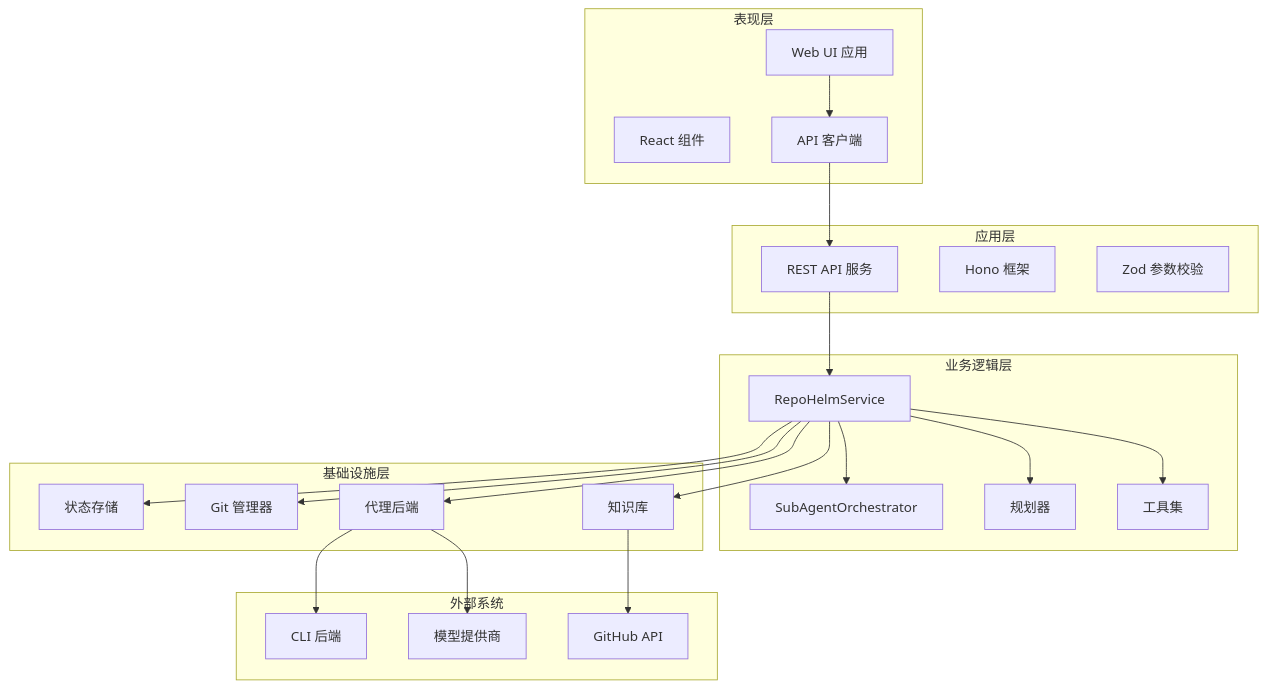
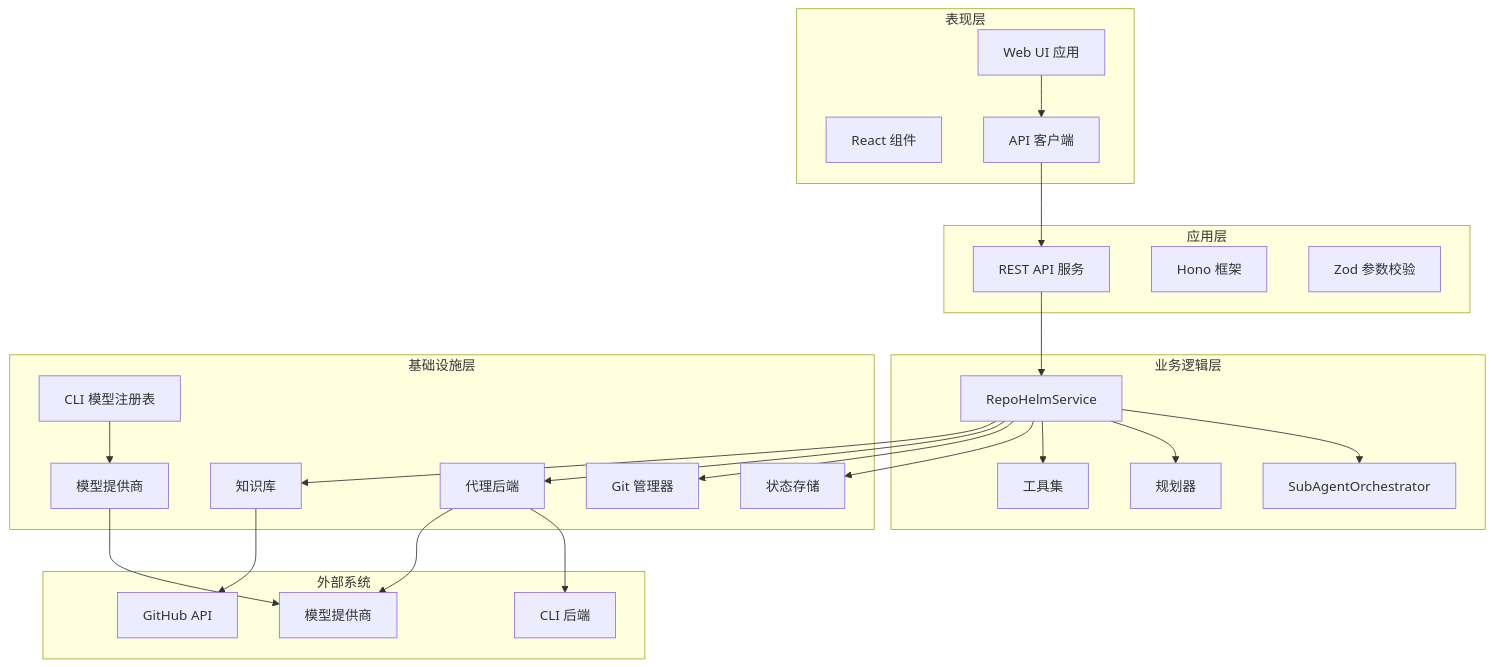
The fourth of 13 diagrams in .qoder/repowiki/zh/content/快速开始/Claude Code 集成指南/Claude 质量门工作流系统.md (coconilu/RepoHelm), drawn with Mermaid before and after one commit. The commit also changed other lines of this file and 14 other files, not shown here.

````diff
--- a/.qoder/repowiki/zh/content/快速开始/Claude Code 集成指南/Claude 质量门工作流系统.md
+++ b/.qoder/repowiki/zh/content/快速开始/Claude Code 集成指南/Claude 质量门工作流系统.md
@@ -210,43 +246,47 @@
 ```mermaid
 graph TB
 subgraph "表现层"
 WebUI[Web UI 应用]
 WebApp[React 组件]
 WebAPI[API 客户端]
 end
 subgraph "应用层"
 ServerAPI[REST API 服务]
 Hono[Hono 框架]
 Zod[Zod 参数校验]
 end
 subgraph "业务逻辑层"
 CoreService[RepoHelmService]
 Orchestrator[SubAgentOrchestrator]
 Planning[规划器]
 Tools[工具集]
 end
 subgraph "基础设施层"
 StateStore[状态存储]
 GitManager[Git 管理器]
 AgentBackends[代理后端]
 KnowledgeStore[知识库]
+ProviderRegistry[模型提供商]
+LocalCliRegistry[CLI 模型注册表]
 end
 subgraph "外部系统"
 CLIBackends[CLI 后端]
 Providers[模型提供商]
 GitHub[GitHub API]
 end
 WebUI --> WebAPI
 WebAPI --> ServerAPI
 ServerAPI --> CoreService
 CoreService --> Orchestrator
 CoreService --> Planning
 CoreService --> Tools
 CoreService --> StateStore
 CoreService --> GitManager
 CoreService --> AgentBackends
 CoreService --> KnowledgeStore
 AgentBackends --> CLIBackends
 AgentBackends --> Providers
 KnowledgeStore --> GitHub
+ProviderRegistry --> Providers
+LocalCliRegistry --> ProviderRegistry
 ```
````
